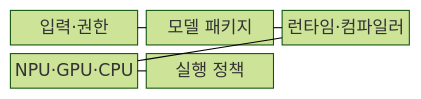
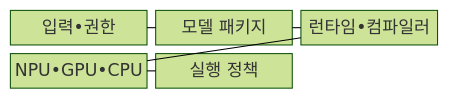
One commit to agnusdei1207/knowledge-base changed the first of 2 diagrams in src/content/docs/notes/08-latest-tech/050_on_device_ai.md. Above: the diagram before and after it, drawn with Mermaid (forest theme). The commit also changed other lines of this file and 953 other files, not shown here.

````diff
--- a/src/content/docs/notes/08-latest-tech/050_on_device_ai.md
+++ b/src/content/docs/notes/08-latest-tech/050_on_device_ai.md
@@ -66,13 +66,13 @@
 ```mermaid
 block-beta
     columns 3
-    I["입력·권한"]
+    I["입력•권한"]
     M["모델 패키지"]
-    R["런타임·컴파일러"]
-    A["NPU·GPU·CPU"]
+    R["런타임•컴파일러"]
+    A["NPU•GPU•CPU"]
     P["실행 정책"]
     I --- M
     M --- R
     R --- A
     A --- P
 ```
````
